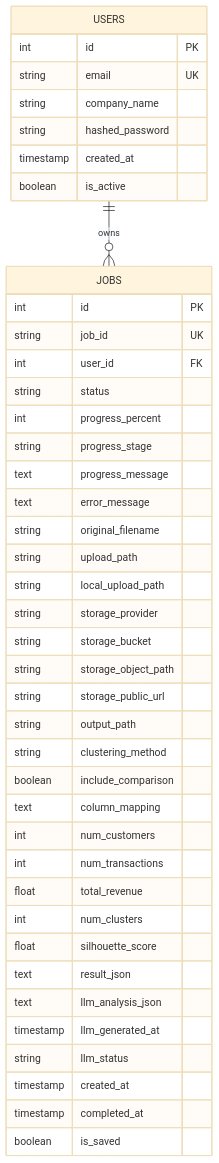
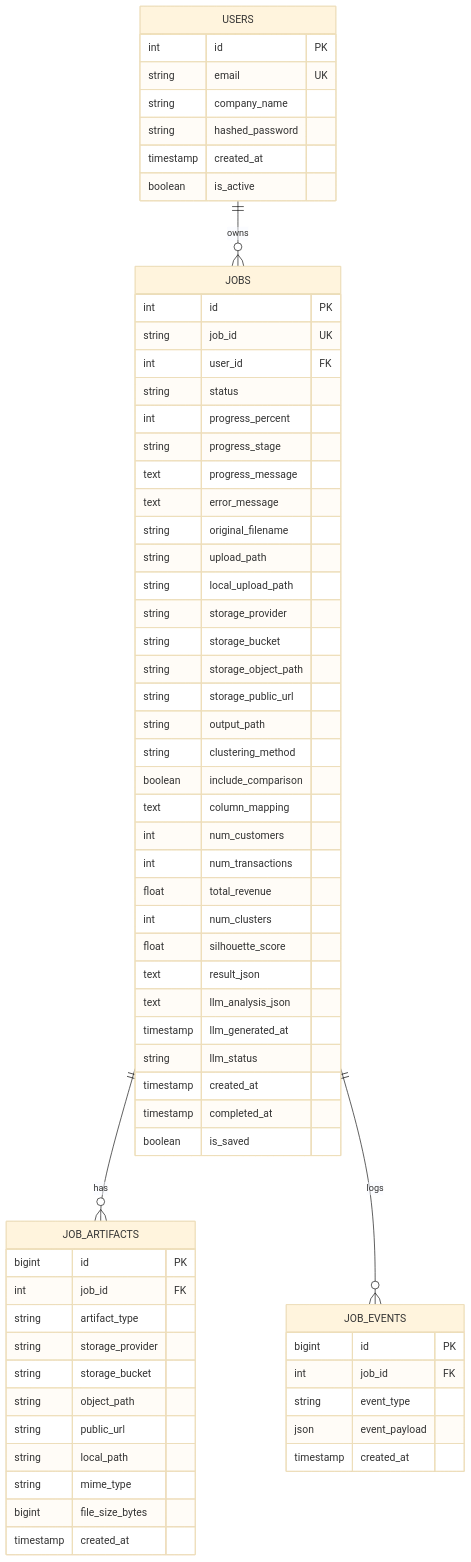
Diagram 11 of 11 in customer360/docs/CAPSTONE_CURRENT_SYSTEM_ALIGNMENT_BY_CHAPTER.md (KikiOduro/Customer360), drawn with Mermaid (base theme) before and after one commit. The commit also changed other lines of this file, not shown here.

Commit message:
Align capstone guide with dumped MySQL schema

````diff
--- a/customer360/docs/CAPSTONE_CURRENT_SYSTEM_ALIGNMENT_BY_CHAPTER.md
+++ b/customer360/docs/CAPSTONE_CURRENT_SYSTEM_ALIGNMENT_BY_CHAPTER.md
@@ -980,47 +1043,71 @@
 ```mermaid
 erDiagram
     USERS ||--o{ JOBS : owns
+    JOBS ||--o{ JOB_ARTIFACTS : has
+    JOBS ||--o{ JOB_EVENTS : logs
 
     USERS {
         int id PK
         string email UK
         string company_name
         string hashed_password
         timestamp created_at
         boolean is_active
     }
 
     JOBS {
         int id PK
         string job_id UK
         int user_id FK
         string status
         int progress_percent
         string progress_stage
         text progress_message
         text error_message
         string original_filename
         string upload_path
         string local_upload_path
         string storage_provider
         string storage_bucket
         string storage_object_path
         string storage_public_url
         string output_path
         string clustering_method
         boolean include_comparison
         text column_mapping
         int num_customers
         int num_transactions
         float total_revenue
         int num_clusters
         float silhouette_score
         text result_json
         text llm_analysis_json
         timestamp llm_generated_at
         string llm_status
         timestamp created_at
         timestamp completed_at
         boolean is_saved
     }
+
+    JOB_ARTIFACTS {
+        bigint id PK
+        int job_id FK
+        string artifact_type
+        string storage_provider
+        string storage_bucket
+        string object_path
+        string public_url
+        string local_path
+        string mime_type
+        bigint file_size_bytes
+        timestamp created_at
+    }
+
+    JOB_EVENTS {
+        bigint id PK
+        int job_id FK
+        string event_type
+        json event_payload
+        timestamp created_at
+    }
 ```
````
